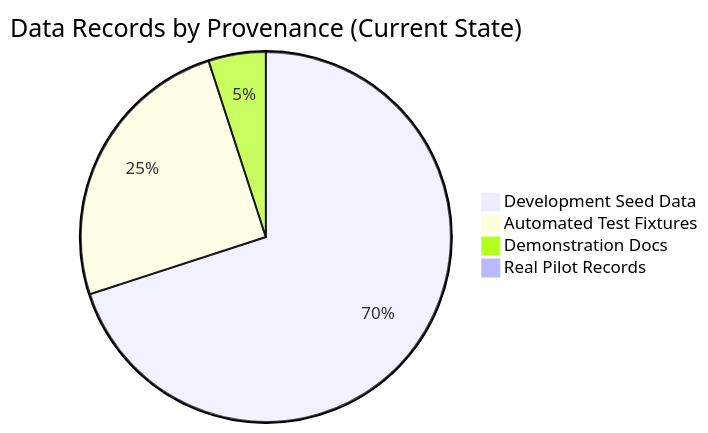
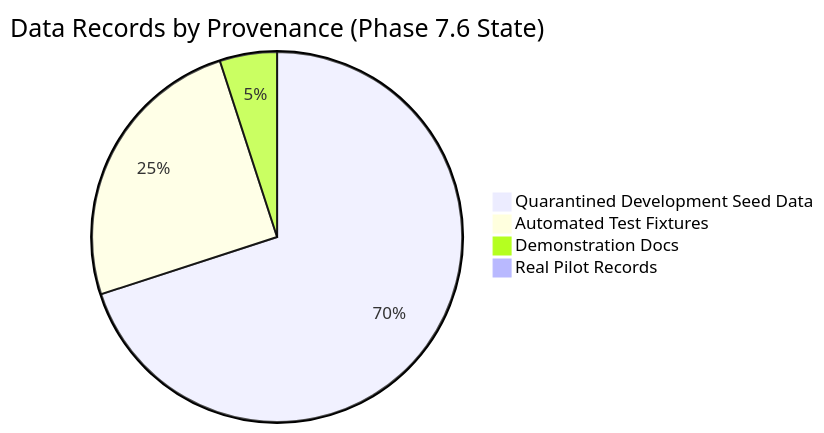
The diagram in docs/validation/pilot-evidence-inventory.md (Shyam525/Bookline), drawn with Mermaid before and after one commit. The commit also changed other lines of this file and 56 other files, not shown here.

````diff
--- a/docs/validation/pilot-evidence-inventory.md
+++ b/docs/validation/pilot-evidence-inventory.md
@@ -36,7 +41,7 @@
 ```mermaid
-pie title Data Records by Provenance (Current State)
-    "Development Seed Data" : 70
+pie title Data Records by Provenance (Phase 7.6 State)
+    "Quarantined Development Seed Data" : 70
     "Automated Test Fixtures" : 25
     "Demonstration Docs" : 5
     "Real Pilot Records" : 0
 ```
````
